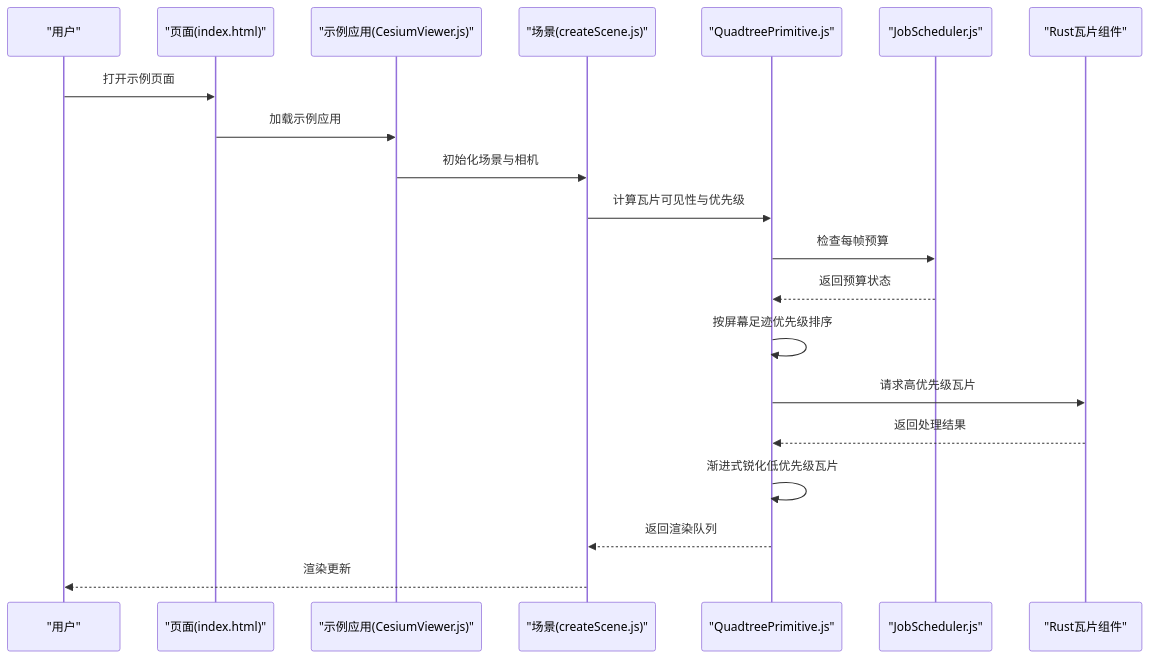
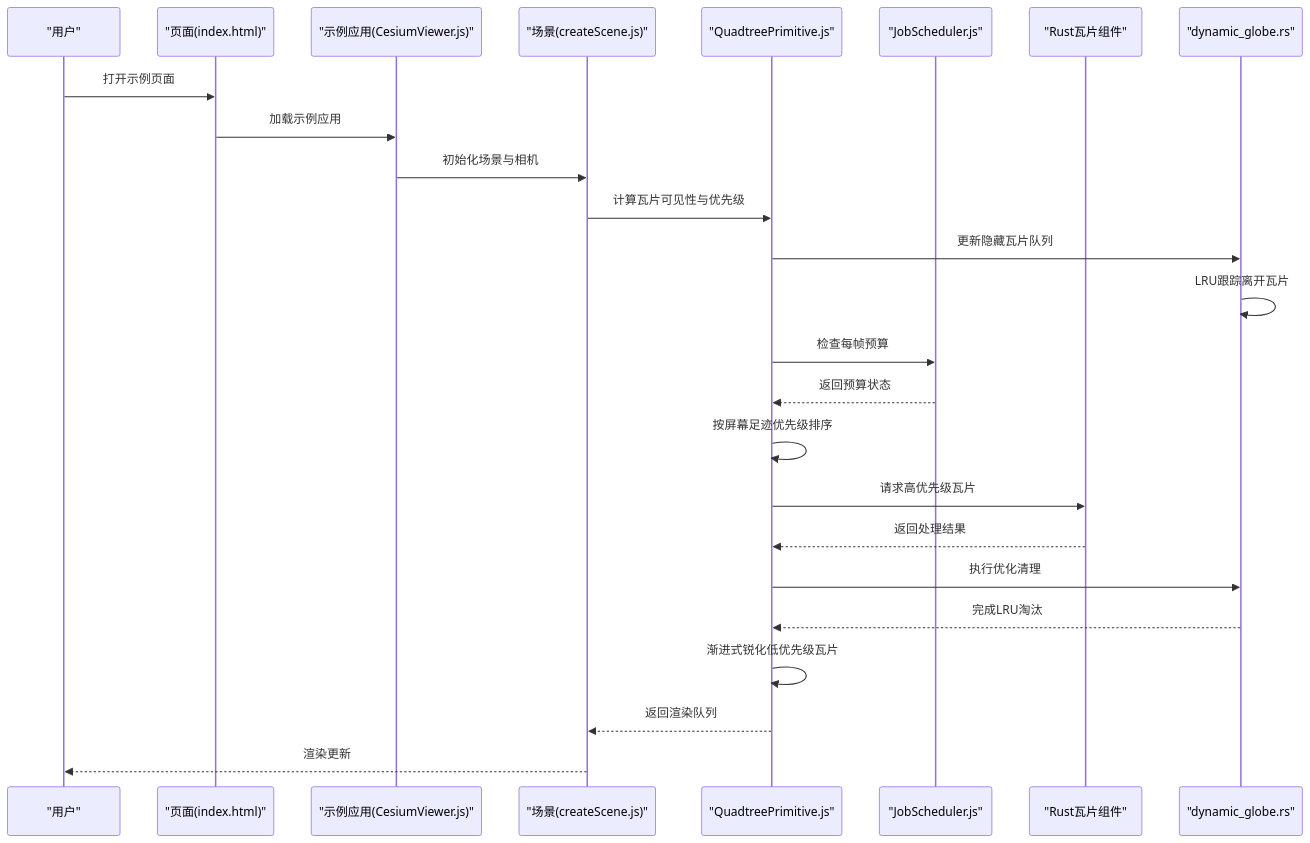
One commit to rzhangjing/cesium changed the second of 10 diagrams in .qoder/repowiki/zh/content/性能优化/数据加载优化/瓦片加载策略.md. Above: the diagram before and after it, drawn with Mermaid. The commit also changed other lines of this file and 61 other files, not shown here.

First line of the commit message:
修改地图晃动BUG

````diff
--- a/.qoder/repowiki/zh/content/性能优化/数据加载优化/瓦片加载策略.md
+++ b/.qoder/repowiki/zh/content/性能优化/数据加载优化/瓦片加载策略.md
@@ -101,22 +109,27 @@
 ```mermaid
 sequenceDiagram
 participant U as "用户"
 participant P as "页面(index.html)"
 participant V as "示例应用(CesiumViewer.js)"
 participant S as "场景(createScene.js)"
 participant Q as "QuadtreePrimitive.js"
 participant J as "JobScheduler.js"
 participant R as "Rust瓦片组件"
+participant DG as "dynamic_globe.rs"
 U->>P : 打开示例页面
 P->>V : 加载示例应用
 V->>S : 初始化场景与相机
 S->>Q : 计算瓦片可见性与优先级
+Q->>DG : 更新隐藏瓦片队列
+DG->>DG : LRU跟踪离开瓦片
 Q->>J : 检查每帧预算
 J-->>Q : 返回预算状态
 Q->>Q : 按屏幕足迹优先级排序
 Q->>R : 请求高优先级瓦片
 R-->>Q : 返回处理结果
+Q->>DG : 执行优化清理
+DG-->>Q : 完成LRU淘汰
 Q->>Q : 渐进式锐化低优先级瓦片
 Q-->>S : 返回渲染队列
 S-->>U : 渲染更新
 ```
````
